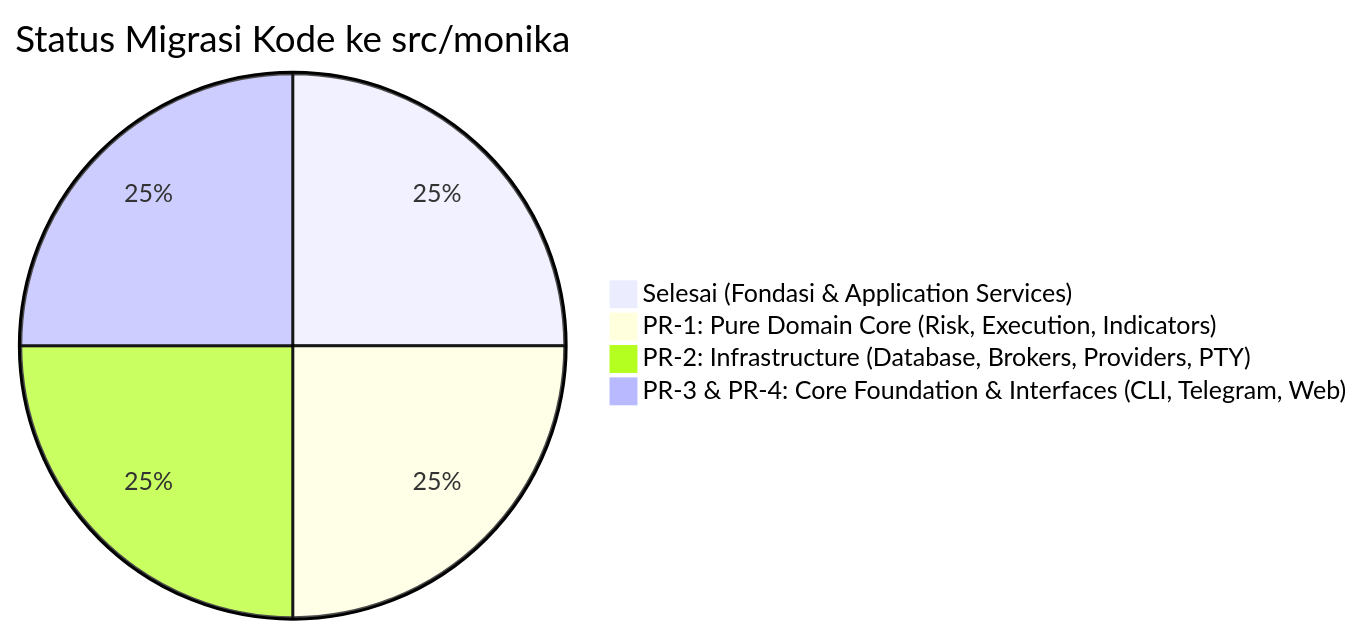
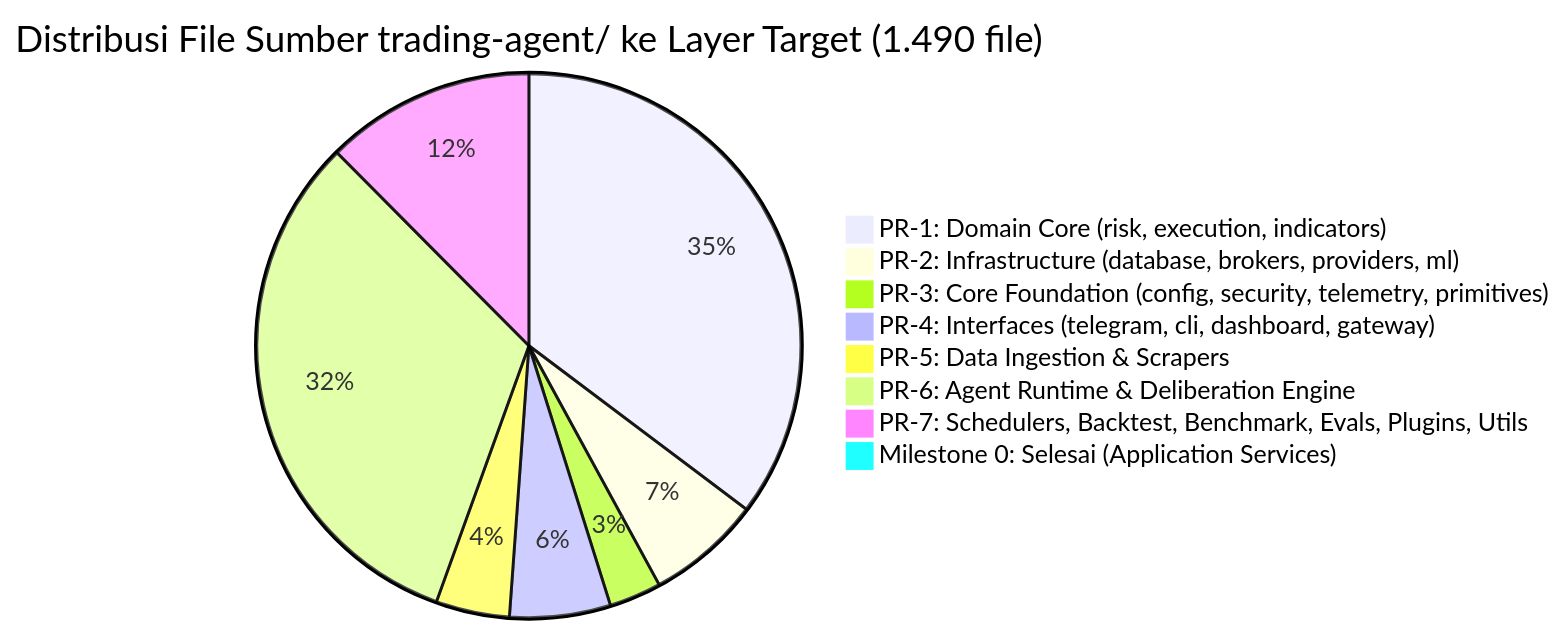
One commit to alakbarr/Monika changed the first of 2 diagrams in docs/ROADMAP_SRC_MONIKA.md. Above: the diagram before and after it, drawn with Mermaid. The commit also changed other lines of this file, not shown here.

First line of the commit message:
docs(roadmap): upgrade src/monika migration roadmap to v2.1.0

````diff
--- a/docs/ROADMAP_SRC_MONIKA.md
+++ b/docs/ROADMAP_SRC_MONIKA.md
@@ -12,7 +13,11 @@
 ```mermaid
-pie title Status Migrasi Kode ke src/monika
-    "Selesai (Fondasi & Application Services)" : 25
-    "PR-1: Pure Domain Core (Risk, Execution, Indicators)" : 25
-    "PR-2: Infrastructure (Database, Brokers, Providers, PTY)" : 25
-    "PR-3 & PR-4: Core Foundation & Interfaces (CLI, Telegram, Web)" : 25
+pie title Distribusi File Sumber trading-agent/ ke Layer Target (1.490 file)
+    "PR-1: Domain Core (risk, execution, indicators)" : 524
+    "PR-2: Infrastructure (database, brokers, providers, ml)" : 101
+    "PR-3: Core Foundation (config, security, telemetry, primitives)" : 46
+    "PR-4: Interfaces (telegram, cli, dashboard, gateway)" : 89
+    "PR-5: Data Ingestion & Scrapers" : 65
+    "PR-6: Agent Runtime & Deliberation Engine" : 476
+    "PR-7: Schedulers, Backtest, Benchmark, Evals, Plugins, Utils" : 185
+    "Milestone 0: Selesai (Application Services)" : 4
 ```
````
